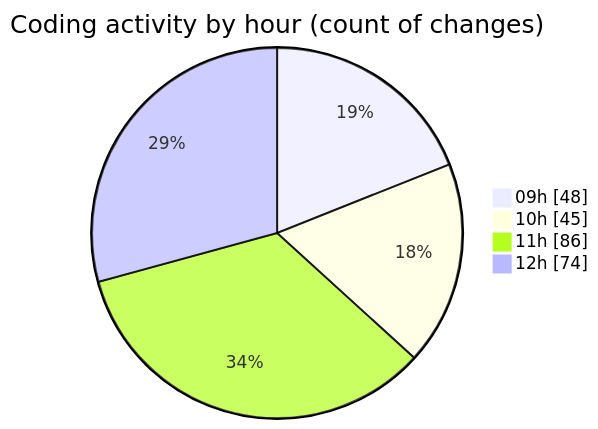
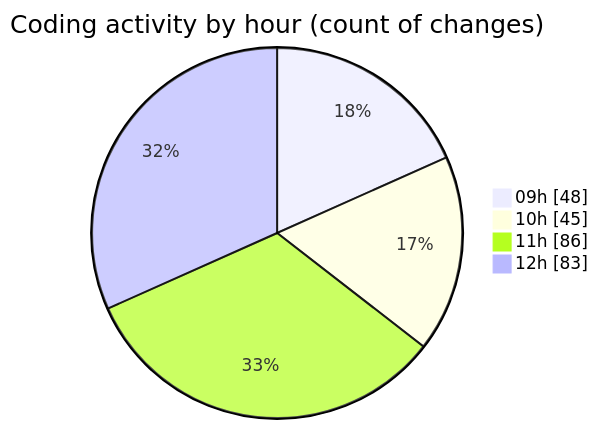
One commit to momahboobian/code-tracking changed the second of 2 diagrams in 2025-03-14/cda/README.md. Above: the diagram before and after it, drawn with Mermaid. The commit also changed other lines of this file and 1 other file, not shown here.

````diff
--- a/2025-03-14/cda/README.md
+++ b/2025-03-14/cda/README.md
@@ -45,8 +45,8 @@
 ```mermaid
 pie showData
 title Coding activity by hour (count of changes)
 "09h" : 48
 "10h" : 45
 "11h" : 86
-"12h" : 74
+"12h" : 83
 ```
````
